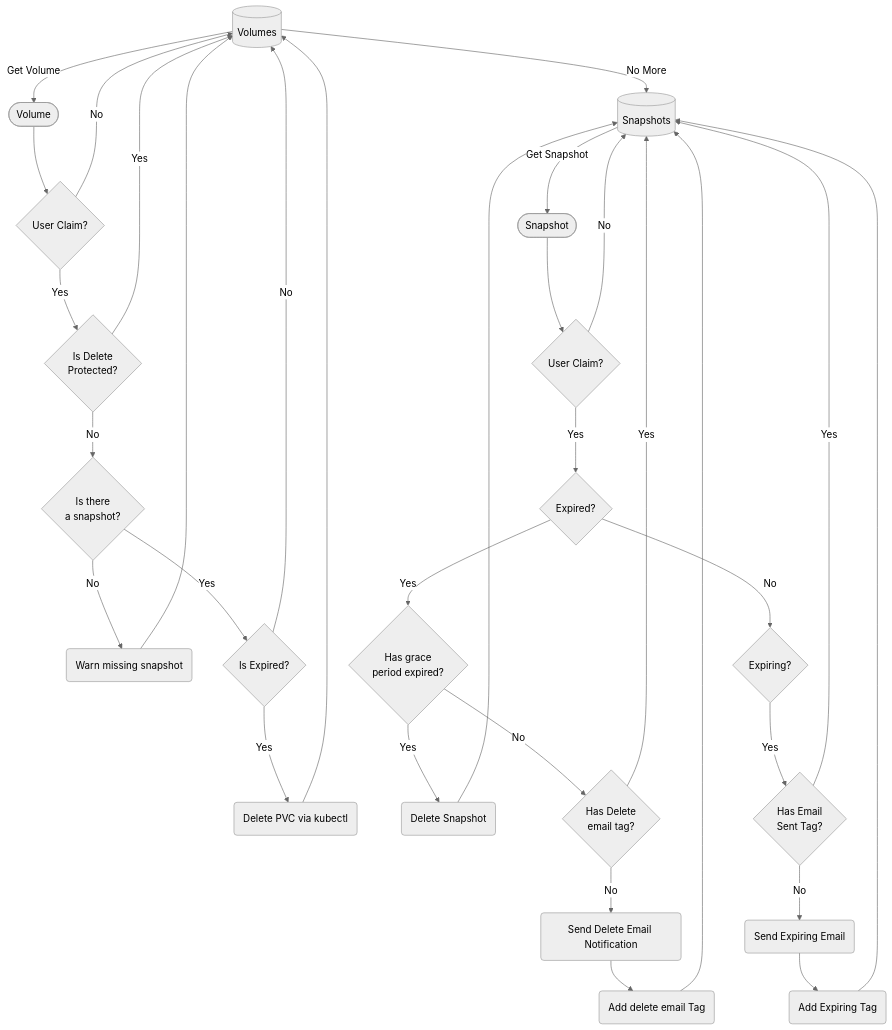
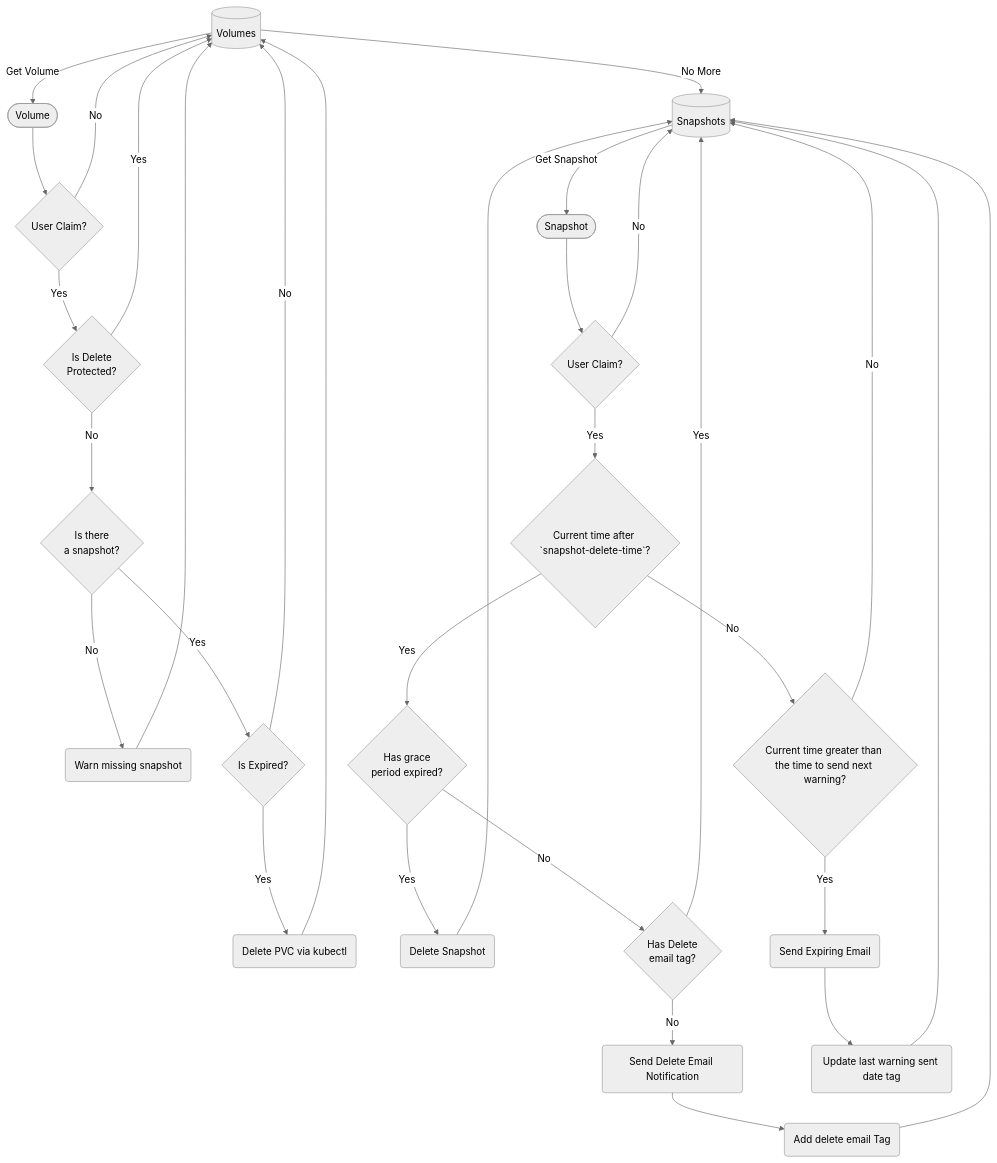
The diagram in cluster-cdk/cluster_cdk/lambdas/volume_management.md (ASFOpenSARlab/opensciencelab-cluster-v2), drawn with Mermaid (neutral theme) before and after one commit.

Commit message:
docs: update volume_management diagram
Reflects multiple warning emails implementation

````diff
--- a/cluster-cdk/cluster_cdk/lambdas/volume_management.md
+++ b/cluster-cdk/cluster_cdk/lambdas/volume_management.md
@@ -5,37 +5,36 @@
 ```mermaid
 flowchart TD
     A[(Volumes)] -->|Get Volume| B([Volume])
     B --> C{User Claim?}
     C -->|No| A
     C -->|Yes| D{Is Delete\n Protected?}
     D -->|Yes| A
     D -->|No| E{Is there\n a snapshot?}
     E -->|No| H(Warn missing snapshot)
     H --> A
     E -->|Yes| F{Is Expired?}
     F -->|No| A
     F -->|Yes| G(Delete PVC via kubectl)
     G --> A
     A -->|No More| J[(Snapshots)]
     J -->|Get Snapshot| K([Snapshot])
     K --> L{User Claim?}
     L -->|No| J
-    L -->|Yes| M{Expired?}
+    L -->|Yes| M{Current time after `snapshot-delete-time`?}
     M -->|Yes| M1{Has grace\n period expired?}
     
     M1 -->|Yes| M2(Delete Snapshot)
     M2 --> J
     M1 -->|No| M3{Has Delete\n email tag?}
     
     M3 -->|Yes| J
     M3 -->|No| M4(Send Delete Email Notification)
     M4 --> M5(Add delete email Tag)
     M5 --> J
    
-    M -->|No| N{Expiring?}
-    N -->|Yes| O{Has Email\n Sent Tag?}
-    O -->|No| P(Send Expiring Email)
-    P --> Q(Add Expiring Tag)
-    O -->|Yes| J
-    Q --> J
+    M -->|No| N{Current time greater than the time to send next warning?}
+    N -->|No| J
+    N -->|Yes| O(Send Expiring Email)
+    O --> P(Update last warning sent date tag)
+    P --> J
 ```
````
